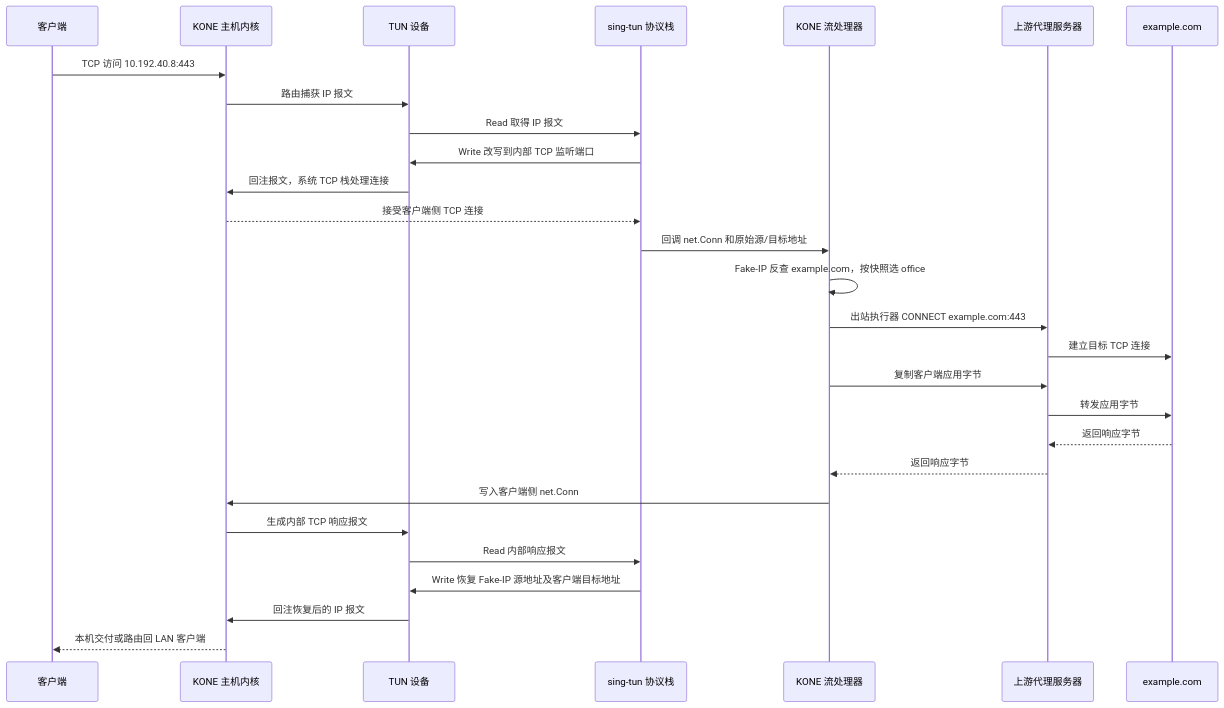
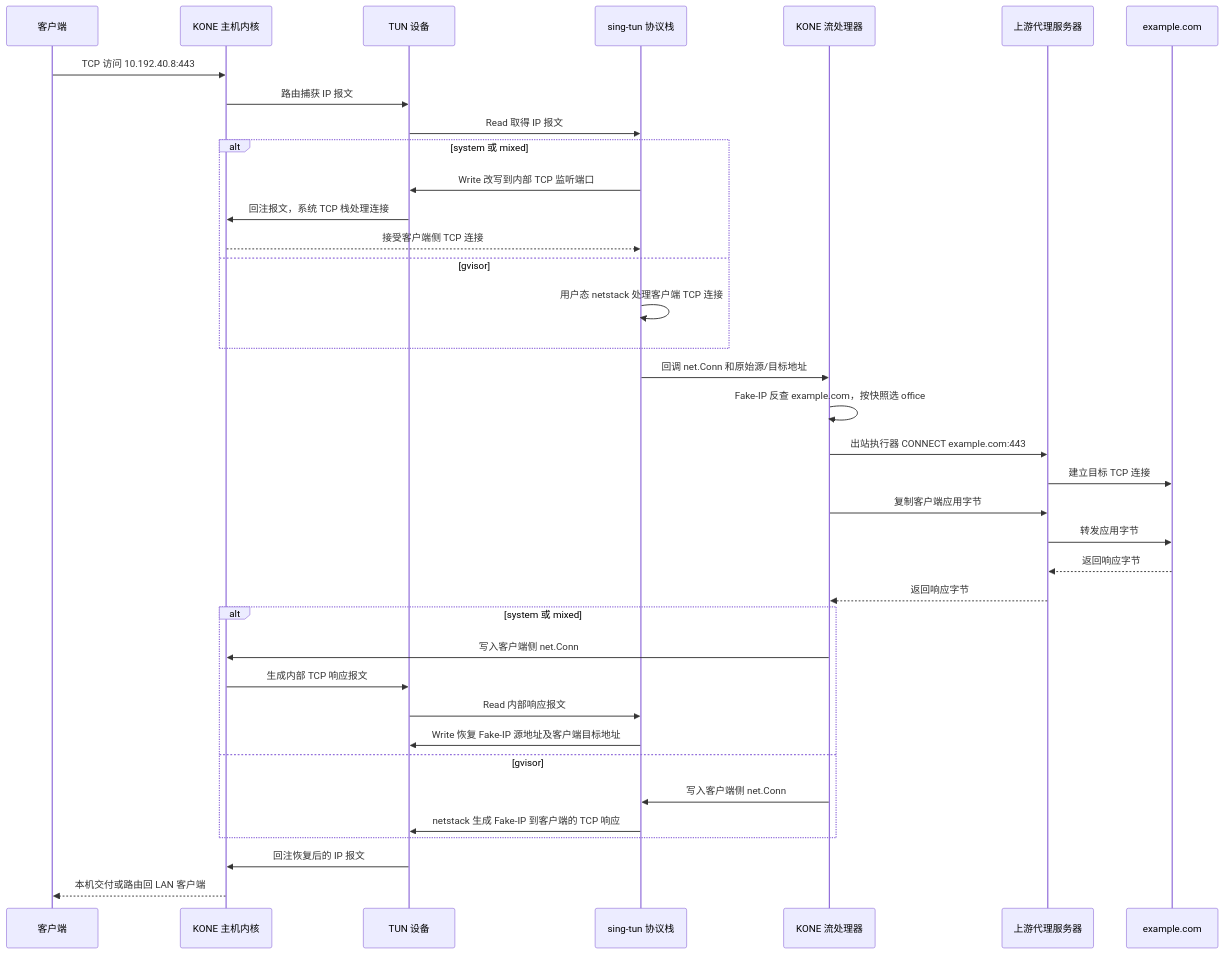
The second of 3 diagrams in docs/architecture.md (xjdrew/kone), drawn with Mermaid before and after one commit. The commit also changed other lines of this file and 92 other files, not shown here.

````diff
--- a/docs/architecture.md
+++ b/docs/architecture.md
@@ -61,30 +63,39 @@
 ```mermaid
 sequenceDiagram
     participant C as 客户端
     participant K as KONE 主机内核
     participant T as TUN 设备
     participant S as sing-tun 协议栈
     participant F as KONE 流处理器
     participant P as 上游代理服务器
     participant R as example.com
     C->>K: TCP 访问 10.192.40.8:443
     K->>T: 路由捕获 IP 报文
     T->>S: Read 取得 IP 报文
-    S->>T: Write 改写到内部 TCP 监听端口
-    T->>K: 回注报文，系统 TCP 栈处理连接
-    K-->>S: 接受客户端侧 TCP 连接
+    alt system 或 mixed
+        S->>T: Write 改写到内部 TCP 监听端口
+        T->>K: 回注报文，系统 TCP 栈处理连接
+        K-->>S: 接受客户端侧 TCP 连接
+    else gvisor
+        S->>S: 用户态 netstack 处理客户端 TCP 连接
+    end
     S->>F: 回调 net.Conn 和原始源/目标地址
     F->>F: Fake-IP 反查 example.com，按快照选 office
     F->>P: 出站执行器 CONNECT example.com:443
     P->>R: 建立目标 TCP 连接
     F->>P: 复制客户端应用字节
     P->>R: 转发应用字节
     R-->>P: 返回响应字节
     P-->>F: 返回响应字节
-    F->>K: 写入客户端侧 net.Conn
-    K->>T: 生成内部 TCP 响应报文
-    T->>S: Read 内部响应报文
-    S->>T: Write 恢复 Fake-IP 源地址及客户端目标地址
+    alt system 或 mixed
+        F->>K: 写入客户端侧 net.Conn
+        K->>T: 生成内部 TCP 响应报文
+        T->>S: Read 内部响应报文
+        S->>T: Write 恢复 Fake-IP 源地址及客户端目标地址
+    else gvisor
+        F->>S: 写入客户端侧 net.Conn
+        S->>T: netstack 生成 Fake-IP 到客户端的 TCP 响应
+    end
     T->>K: 回注恢复后的 IP 报文
     K-->>C: 本机交付或路由回 LAN 客户端
 ```
````
